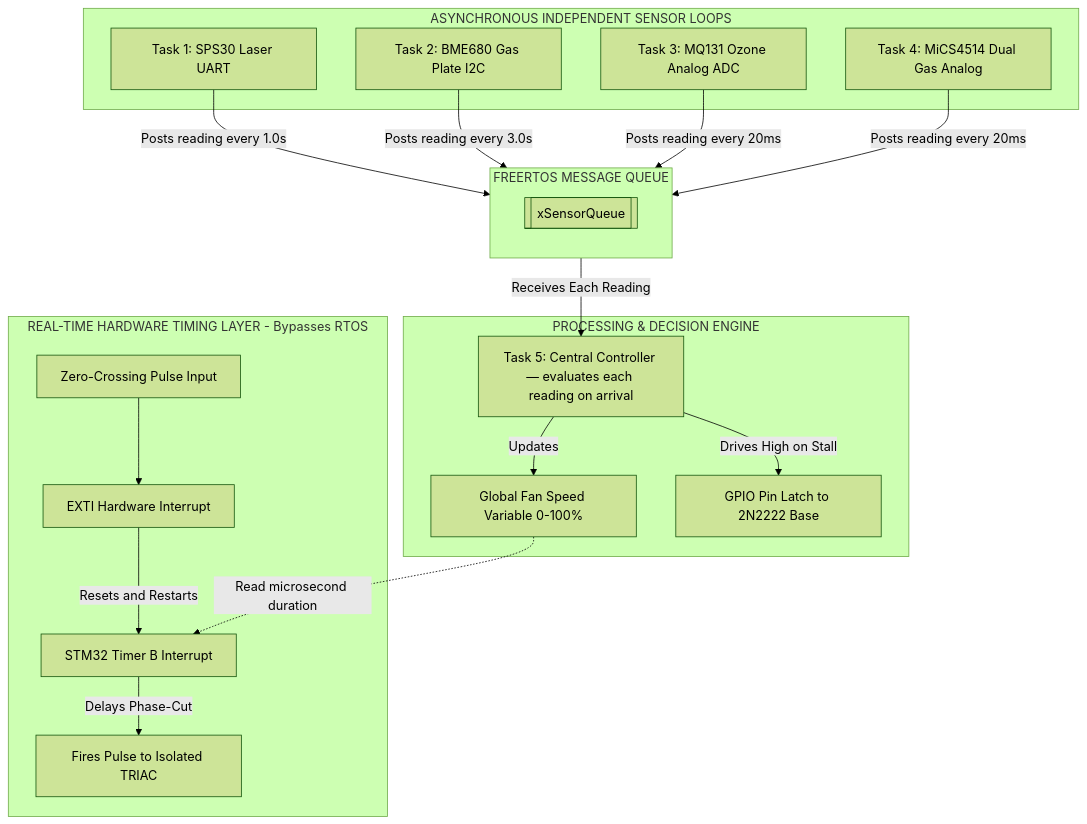
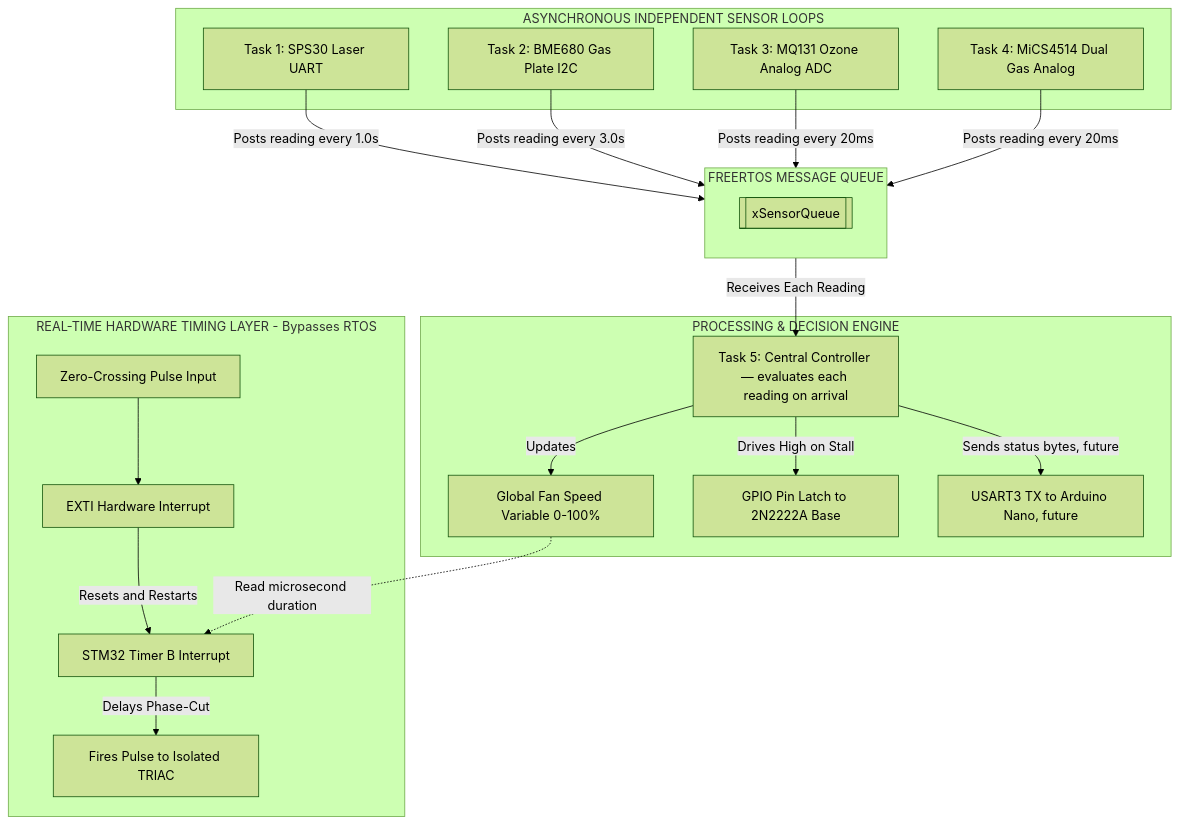
One commit to yuvalkuck/clearair changed the fourth of 4 diagrams in README.md. Above: the diagram before and after it, drawn with Mermaid (forest theme). The commit also changed other lines of this file and 14 other files, not shown here.

````diff
--- a/README.md
+++ b/README.md
@@ -187,48 +211,50 @@
 ```mermaid
 graph TD
     %% Asynchronous Inputs
     subgraph Loops [ASYNCHRONOUS INDEPENDENT SENSOR LOOPS]
         T1[Task 1: SPS30 Laser UART]
         T2[Task 2: BME680 Gas Plate I2C]
         T3[Task 3: MQ131 Ozone Analog ADC]
         T4[Task 4: MiCS4514 Dual Gas Analog]
     end
 
     %% Central Message Queue
     subgraph Buffer [FREERTOS MESSAGE QUEUE]
         direction TB
         Queue[[xSensorQueue]]
     end
 
     %% Sync / Control Layer
     subgraph Decision [PROCESSING & DECISION ENGINE]
         T5[Task 5: Central Controller — evaluates each reading on arrival]
         FanSpeed[Global Fan Speed Variable 0-100%]
-        BuzzerPin[GPIO Pin Latch to 2N2222 Base]
+        BuzzerPin[GPIO Pin Latch to 2N2222A Base]
+        USART3_Out[USART3 TX to Arduino Nano, future]
     end
 
     %% Hardware Real-Time Layer
     subgraph ISR_Layer [REAL-TIME HARDWARE TIMING LAYER - Bypasses RTOS]
         ZC_Pulse[Zero-Crossing Pulse Input]
         EXTI_ISR[EXTI Hardware Interrupt]
         Timer_ISR[STM32 Timer B Interrupt]
         TRIAC_Gate[Fires Pulse to Isolated TRIAC]
     end
 
     %% Async Data flow
     T1 -->|Posts reading every 1.0s| Queue
     T2 -->|Posts reading every 3.0s| Queue
     T3 -->|Posts reading every 20ms| Queue
     T4 -->|Posts reading every 20ms| Queue
 
     %% Central Decision flow
     Queue -->|Receives Each Reading| T5
     T5 -->|Updates| FanSpeed
     T5 -->|Drives High on Stall| BuzzerPin
+    T5 -->|Sends status bytes, future| USART3_Out
 
     %% Precise Timing Hardware Loop
     ZC_Pulse --> EXTI_ISR
     EXTI_ISR -->|Resets and Restarts| Timer_ISR
     FanSpeed -.->|Read microsecond duration| Timer_ISR
     Timer_ISR -->|Delays Phase-Cut| TRIAC_Gate
 ```
````
